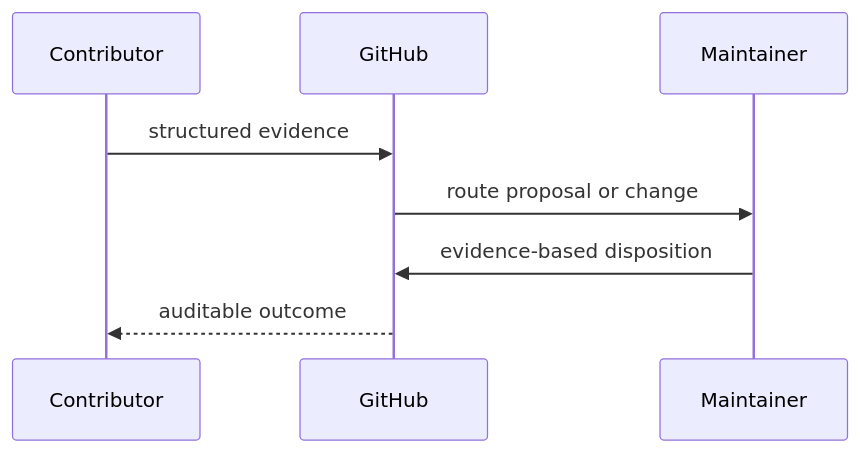
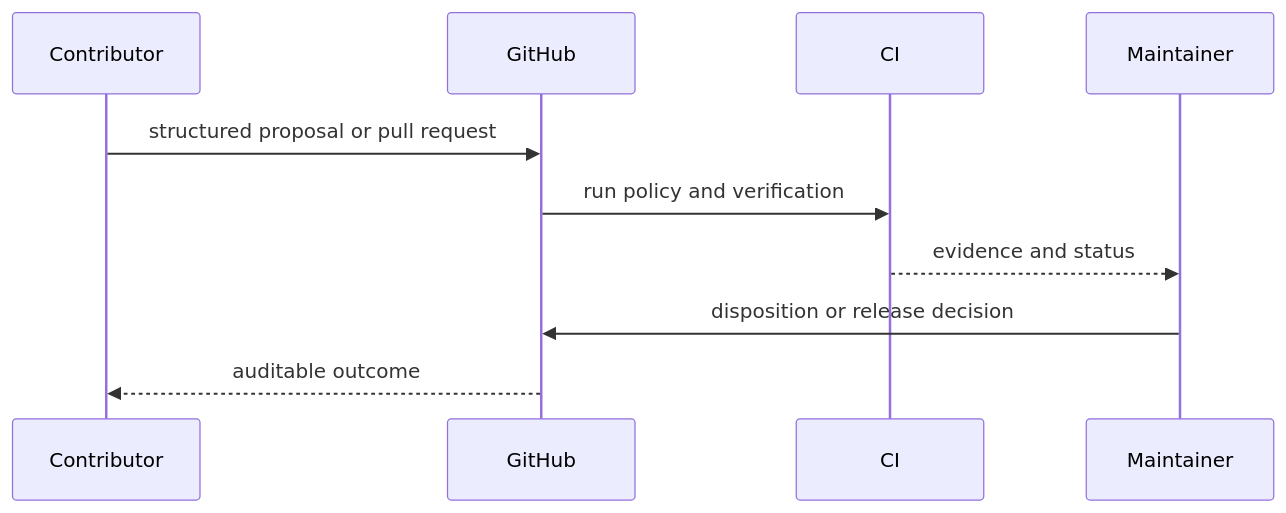
Before and after one commit to streamentry/AGENTOWNERS: the third of 3 diagrams in .github/AGENTS.md, drawn with Mermaid. The commit also changed other lines of this file and 13 other files, not shown here.

````diff
--- a/.github/AGENTS.md
+++ b/.github/AGENTS.md
@@ -41,10 +42,12 @@
 ```mermaid
 sequenceDiagram
   participant Contributor
   participant GitHub
+  participant CI
   participant Maintainer
-  Contributor->>GitHub: structured evidence
-  GitHub->>Maintainer: route proposal or change
-  Maintainer->>GitHub: evidence-based disposition
+  Contributor->>GitHub: structured proposal or pull request
+  GitHub->>CI: run policy and verification
+  CI-->>Maintainer: evidence and status
+  Maintainer->>GitHub: disposition or release decision
   GitHub-->>Contributor: auditable outcome
 ```
````
